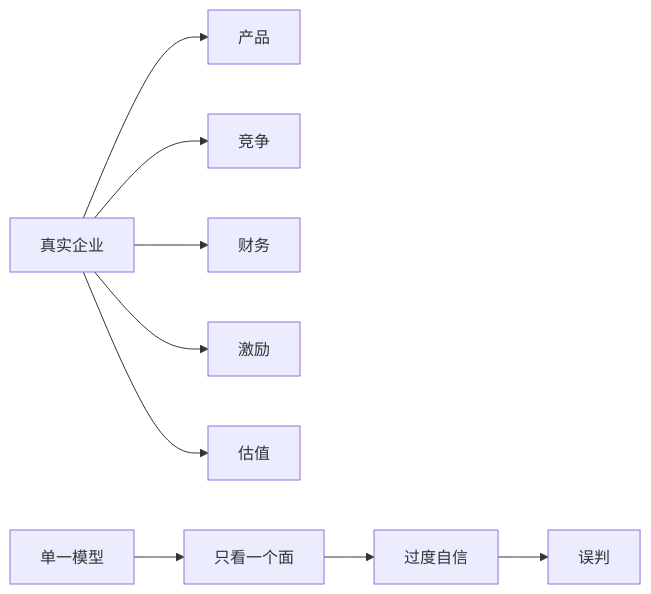
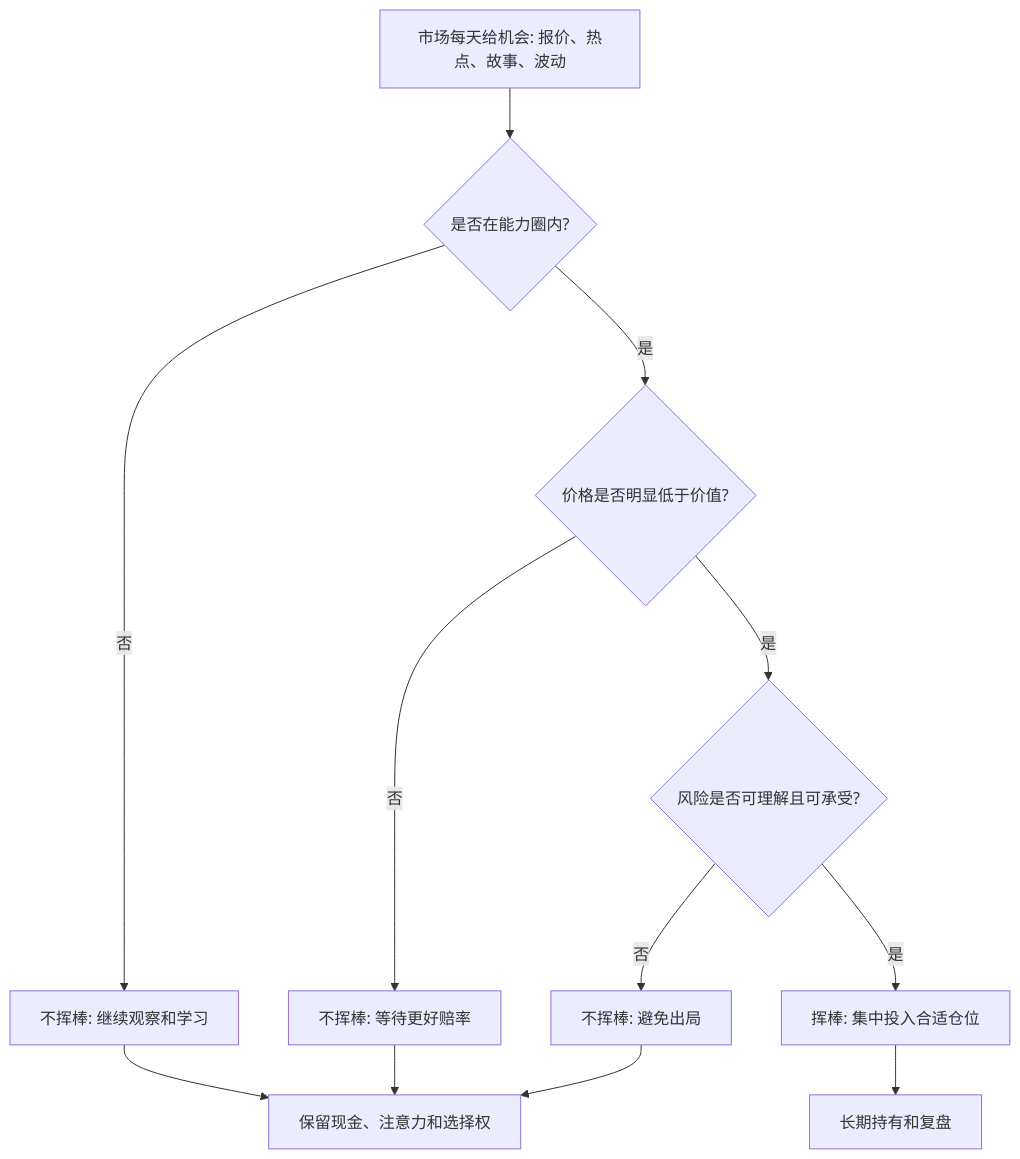
The diagram in 202605/20260519_32.md (digoal/blog), drawn with Mermaid before and after one commit. The commit also changed other lines of this file and 51 other files, not shown here.

````diff
--- a/202605/20260519_32.md
+++ b/202605/20260519_32.md
@@ -22,11 +22,14 @@
 ```mermaid
-flowchart LR
-  A["真实企业"] --> B["产品"]
-  A --> C["竞争"]
-  A --> D["财务"]
-  A --> E["激励"]
-  A --> F["估值"]
-  G["单一模型"] --> H["只看一个面"]
-  H --> I["过度自信"]
-  I --> J["误判"]
+flowchart TD
+  A["市场每天给机会: 报价、热点、故事、波动"] --> B{"是否在能力圈内?"}
+  B -- "否" --> C["不挥棒: 继续观察和学习"]
+  B -- "是" --> D{"价格是否明显低于价值?"}
+  D -- "否" --> E["不挥棒: 等待更好赔率"]
+  D -- "是" --> F{"风险是否可理解且可承受?"}
+  F -- "否" --> G["不挥棒: 避免出局"]
+  F -- "是" --> H["挥棒: 集中投入合适仓位"]
+  H --> I["长期持有和复盘"]
+  C --> J["保留现金、注意力和选择权"]
+  E --> J
+  G --> J
 ```
````
